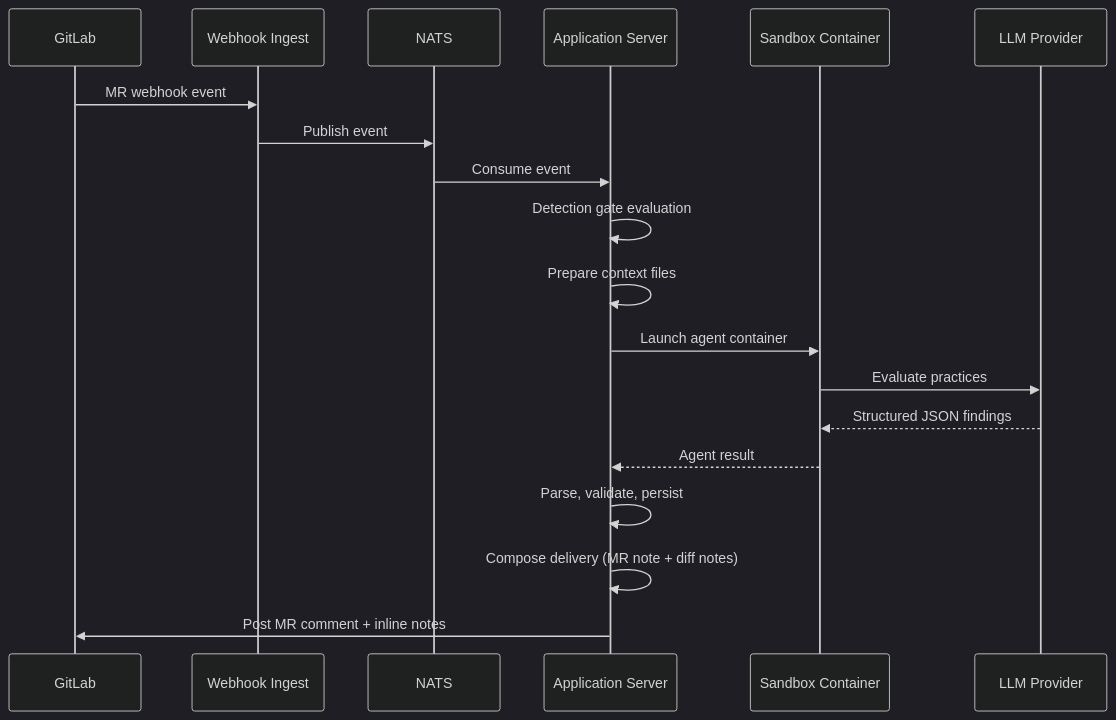
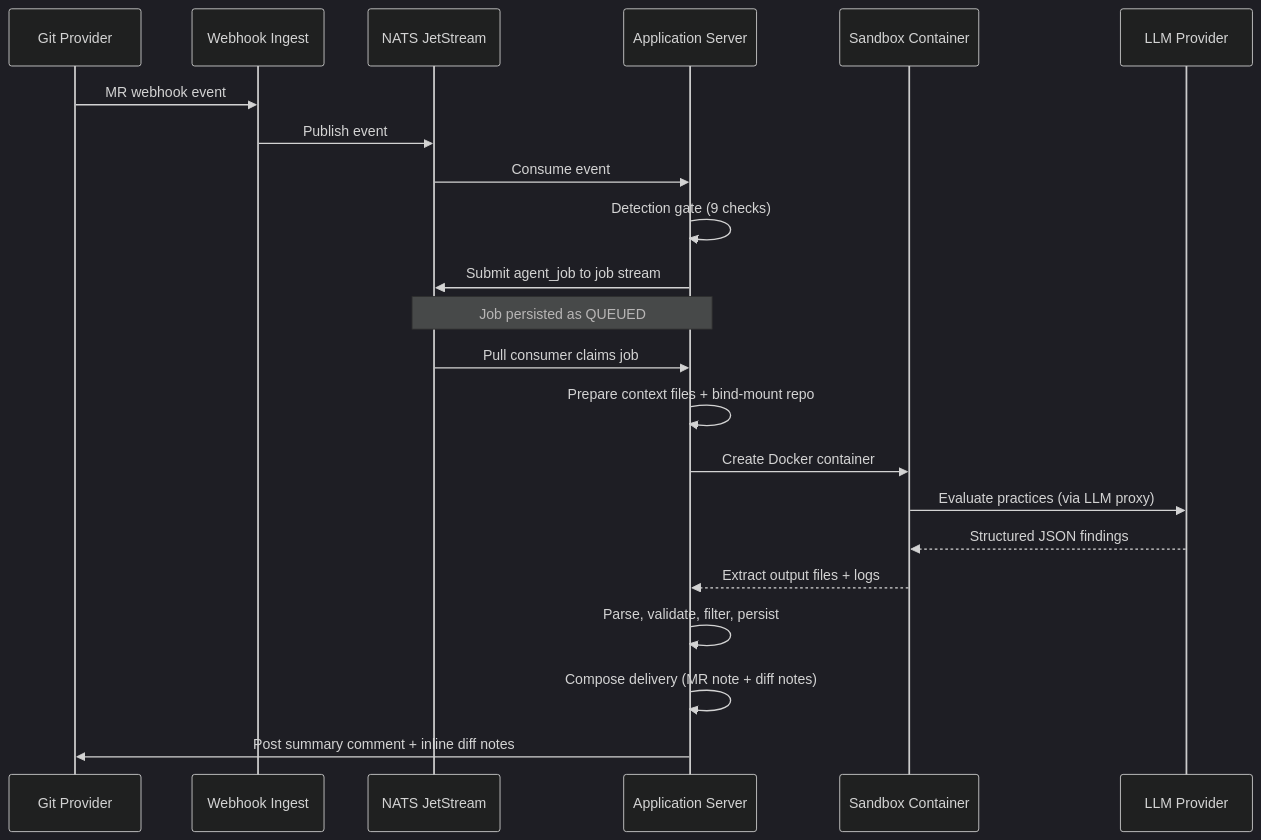
The diagram in docs/contributor/ai-code-review.mdx (ls1intum/Hephaestus), drawn with Mermaid (dark theme) before and after one commit. The commit also changed other lines of this file and 1 other file, not shown here.

````diff
--- a/docs/contributor/ai-code-review.mdx
+++ b/docs/contributor/ai-code-review.mdx
@@ -12,22 +12,25 @@
 ```mermaid
 sequenceDiagram
-    participant GL as GitLab
+    participant GL as Git Provider
     participant WH as Webhook Ingest
-    participant NATS as NATS
+    participant NATS as NATS JetStream
     participant AS as Application Server
     participant SB as Sandbox Container
     participant LLM as LLM Provider
 
     GL->>WH: MR webhook event
     WH->>NATS: Publish event
     NATS->>AS: Consume event
-    AS->>AS: Detection gate evaluation
-    AS->>AS: Prepare context files
-    AS->>SB: Launch agent container
-    SB->>LLM: Evaluate practices
+    AS->>AS: Detection gate (9 checks)
+    AS->>NATS: Submit agent_job to job stream
+    Note over AS,NATS: Job persisted as QUEUED
+    NATS->>AS: Pull consumer claims job
+    AS->>AS: Prepare context files + bind-mount repo
+    AS->>SB: Create Docker container
+    SB->>LLM: Evaluate practices (via LLM proxy)
     LLM-->>SB: Structured JSON findings
-    SB-->>AS: Agent result
-    AS->>AS: Parse, validate, persist
+    SB-->>AS: Extract output files + logs
+    AS->>AS: Parse, validate, filter, persist
     AS->>AS: Compose delivery (MR note + diff notes)
-    AS->>GL: Post MR comment + inline notes
+    AS->>GL: Post summary comment + inline diff notes
 ```
````
